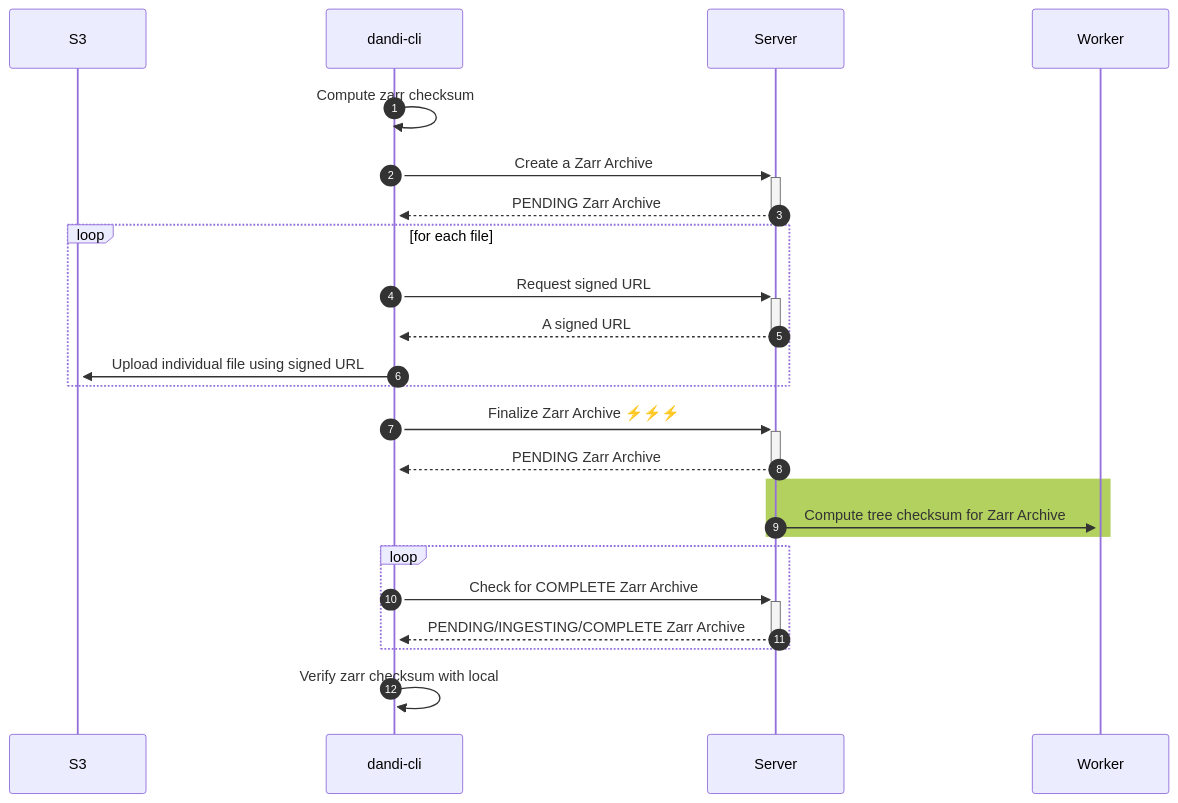
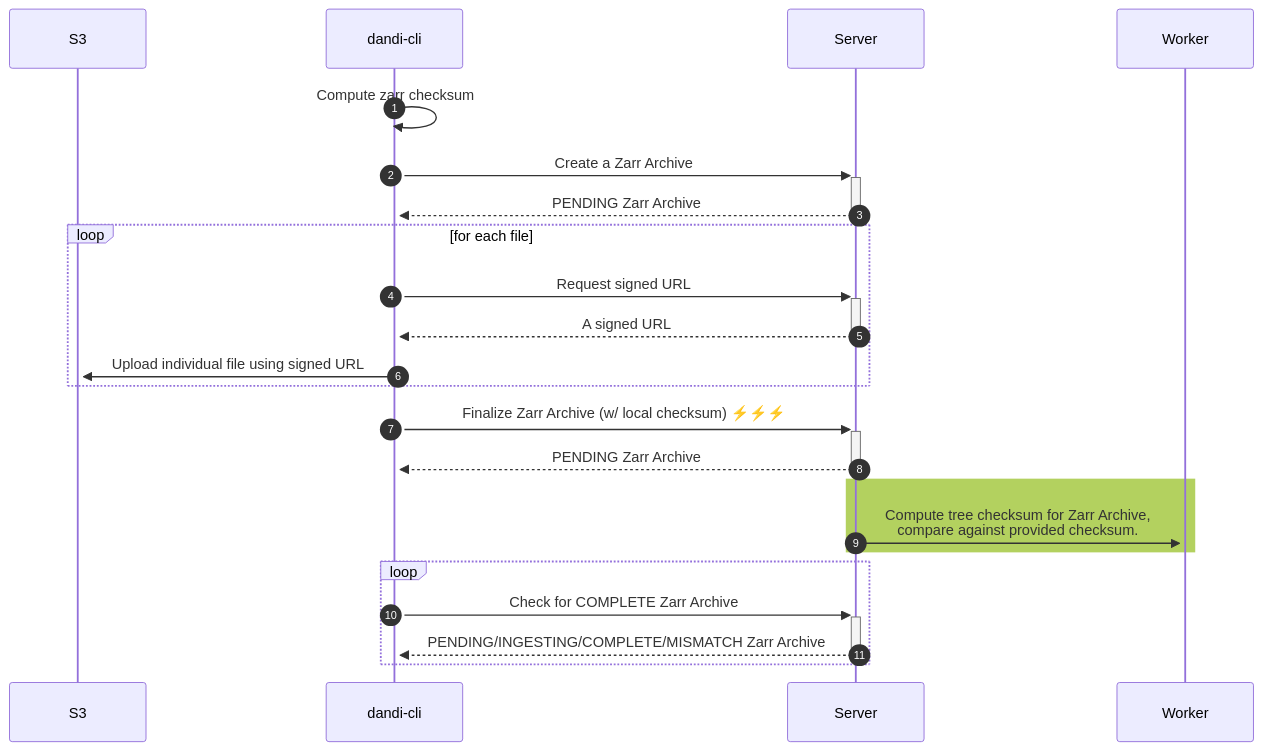
One commit to dandi/dandi-archive changed the second of 2 diagrams in doc/design/zarr-performance-redesign.md. Above: the diagram before and after it, drawn with Mermaid. The commit also changed other lines of this file, not shown here.

Commit message:
Update zarr upload finalization

````diff
--- a/doc/design/zarr-performance-redesign.md
+++ b/doc/design/zarr-performance-redesign.md
@@ -87,34 +87,32 @@
 ```mermaid
 sequenceDiagram
     autonumber
 
     participant S3
     participant Client as dandi-cli
     participant Server
     participant Worker
 
     Client->>+Client: Compute zarr checksum
 
     Client->>+Server: Create a Zarr Archive
     Server-->>-Client: PENDING Zarr Archive
 
     loop for each file
         Client->>+Server: Request signed URL
         Server-->>-Client: A signed URL
         Client->>+S3: Upload individual file using signed URL
     end
 
-    Client->>+Server: Finalize Zarr Archive ⚡⚡⚡
+    Client->>+Server: Finalize Zarr Archive (w/ local checksum) ⚡⚡⚡
     Server-->>-Client: PENDING Zarr Archive
 
     rect rgb(179, 209, 95)
-        Server->>+Worker: Compute tree checksum for Zarr Archive
+        Server->>+Worker: Compute tree checksum for Zarr Archive, <br/> compare against provided checksum.
     end
 
     loop
         Client->>+Server: Check for COMPLETE Zarr Archive
-        Server-->>-Client: PENDING/INGESTING/COMPLETE Zarr Archive
+        Server-->>-Client: PENDING/INGESTING/COMPLETE/MISMATCH Zarr Archive
     end
-
-    Client->>+Client: Verify zarr checksum with local
 ```
````
